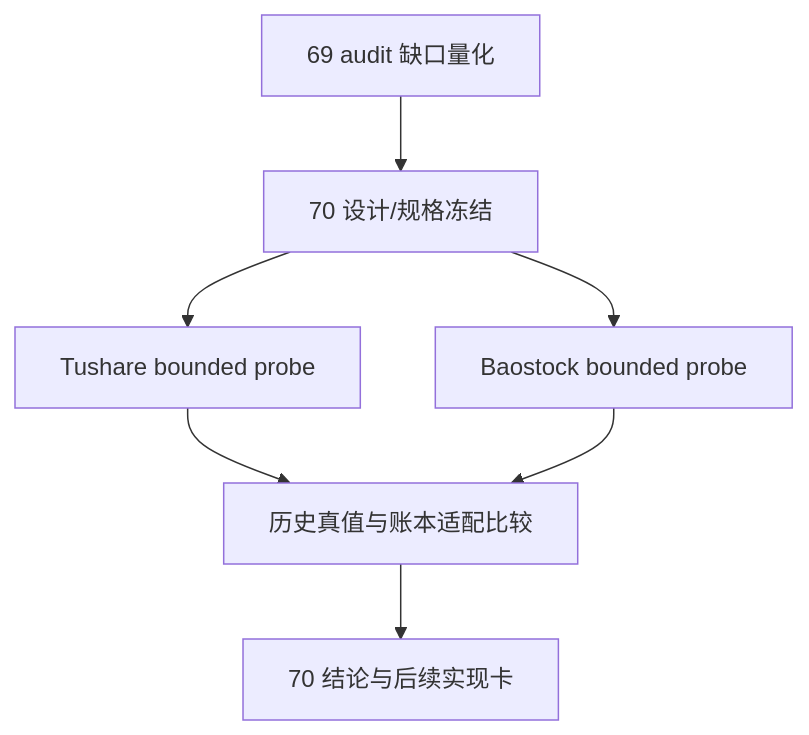
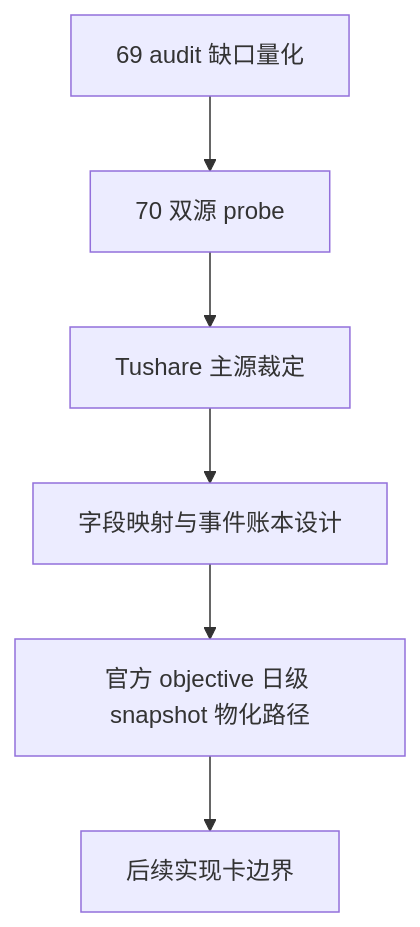
Before and after one commit to everything-is-simple/lifespan-0.01: the diagram in docs/03-execution/70-historical-objective-profile-backfill-source-selection-and-governance-card-20260415.md, drawn with Mermaid. The commit also changed other lines of this file and 5 other files, not shown here.

````diff
--- a/docs/03-execution/70-historical-objective-profile-backfill-source-selection-and-governance-card-20260415.md
+++ b/docs/03-execution/70-historical-objective-profile-backfill-source-selection-and-governance-card-20260415.md
@@ -78,9 +77,8 @@
 ```mermaid
 flowchart TD
-    A["69 audit 缺口量化"] --> B["70 设计/规格冻结"]
-    B --> C["Tushare bounded probe"]
-    B --> D["Baostock bounded probe"]
-    C --> E["历史真值与账本适配比较"]
-    D --> E
-    E --> F["70 结论与后续实现卡"]
+    A["69 audit 缺口量化"] --> B["70 双源 probe"]
+    B --> C["Tushare 主源裁定"]
+    C --> D["字段映射与事件账本设计"]
+    D --> E["官方 objective 日级 snapshot 物化路径"]
+    E --> F["后续实现卡边界"]
 ```
````
